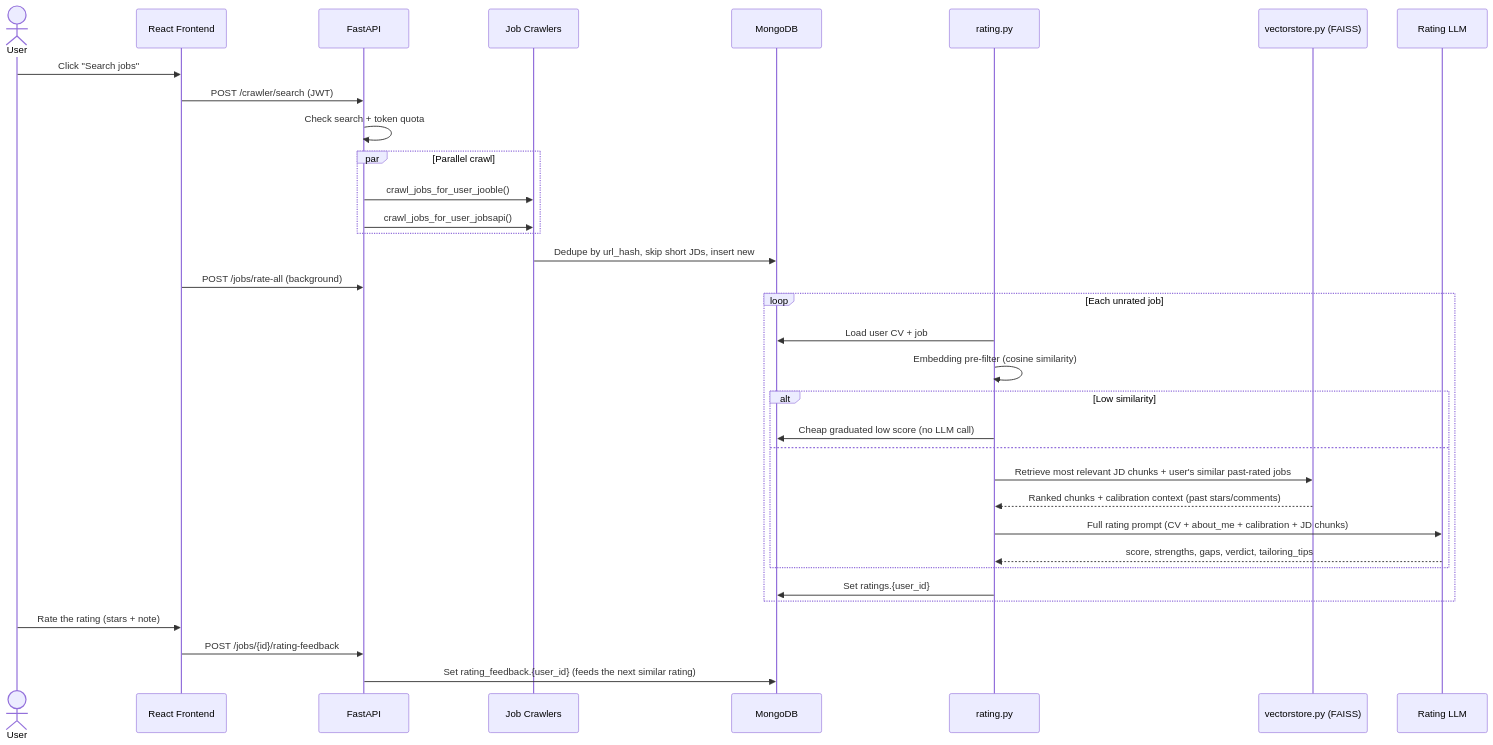
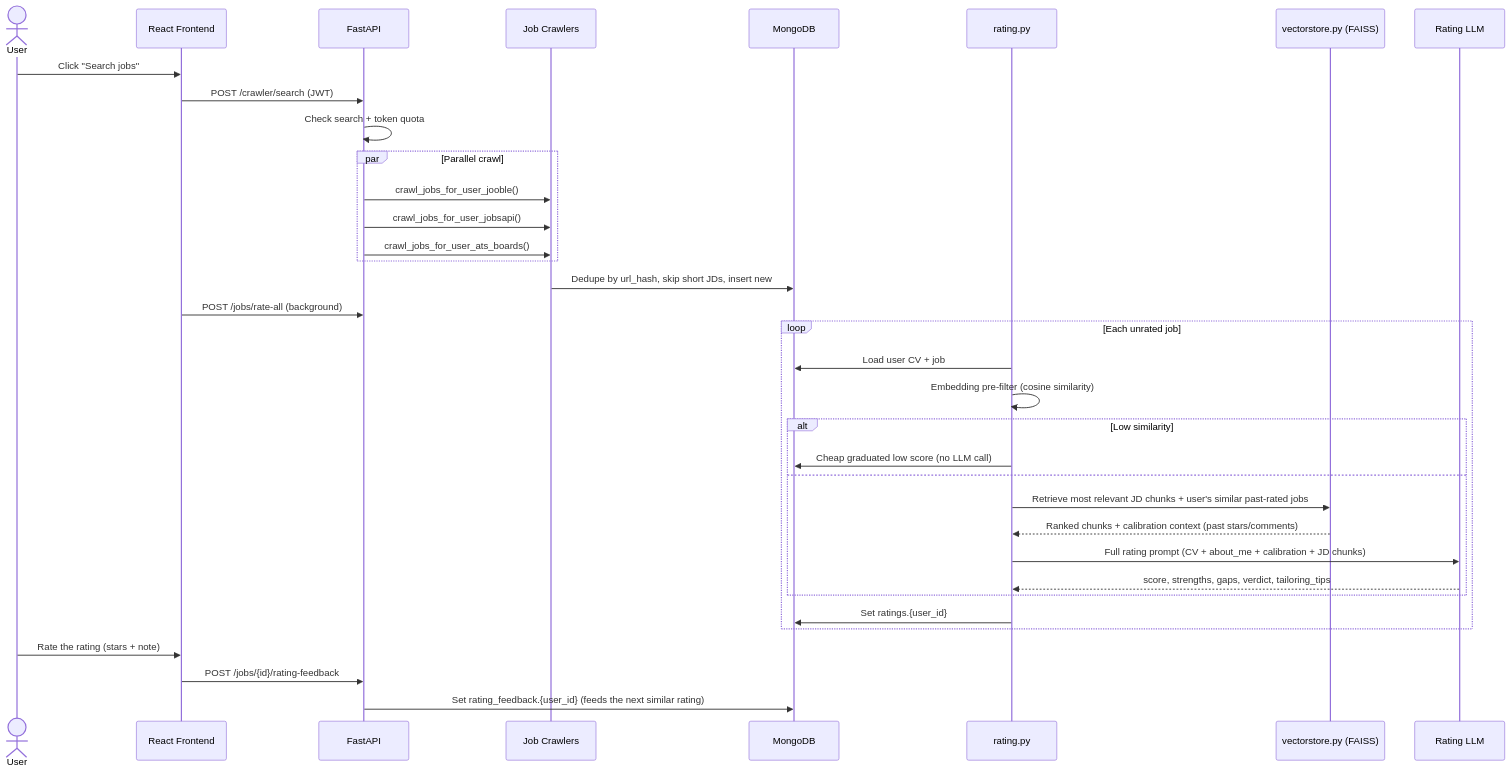
One commit to itsmesaim/jobRadarAI changed the third of 3 diagrams in README.md. Above: the diagram before and after it, drawn with Mermaid. The commit also changed other lines of this file and 6 other files, not shown here.

````diff
--- a/README.md
+++ b/README.md
@@ -126,39 +130,40 @@
 ```mermaid
 sequenceDiagram
     actor User
     participant FE as React Frontend
     participant API as FastAPI
     participant Crawler as Job Crawlers
     participant DB as MongoDB
     participant Rating as rating.py
     participant Vec as vectorstore.py (FAISS)
     participant LLM as Rating LLM
 
     User->>FE: Click "Search jobs"
     FE->>API: POST /crawler/search (JWT)
     API->>API: Check search + token quota
     par Parallel crawl
         API->>Crawler: crawl_jobs_for_user_jooble()
         API->>Crawler: crawl_jobs_for_user_jobsapi()
+        API->>Crawler: crawl_jobs_for_user_ats_boards()
     end
     Crawler->>DB: Dedupe by url_hash, skip short JDs, insert new
 
     FE->>API: POST /jobs/rate-all (background)
     loop Each unrated job
         Rating->>DB: Load user CV + job
         Rating->>Rating: Embedding pre-filter (cosine similarity)
         alt Low similarity
             Rating->>DB: Cheap graduated low score (no LLM call)
         else
             Rating->>Vec: Retrieve most relevant JD chunks + user's similar past-rated jobs
             Vec-->>Rating: Ranked chunks + calibration context (past stars/comments)
             Rating->>LLM: Full rating prompt (CV + about_me + calibration + JD chunks)
             LLM-->>Rating: score, strengths, gaps, verdict, tailoring_tips
         end
         Rating->>DB: Set ratings.{user_id}
     end
 
     User->>FE: Rate the rating (stars + note)
     FE->>API: POST /jobs/{id}/rating-feedback
     API->>DB: Set rating_feedback.{user_id} (feeds the next similar rating)
 ```
````
